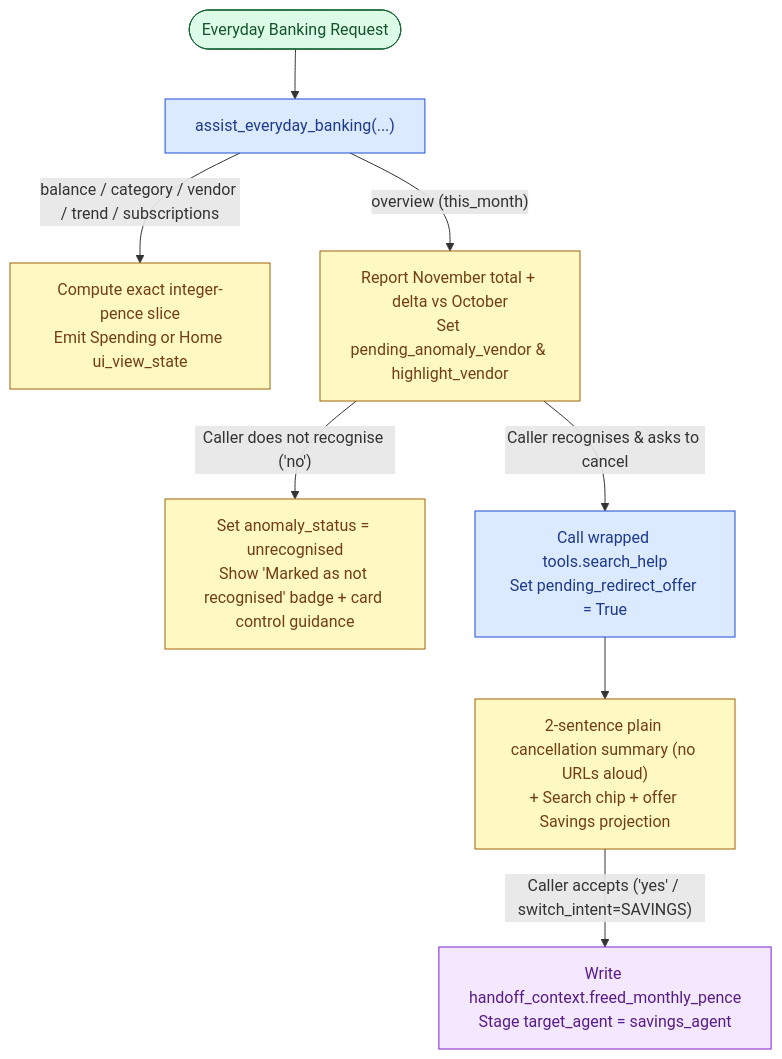
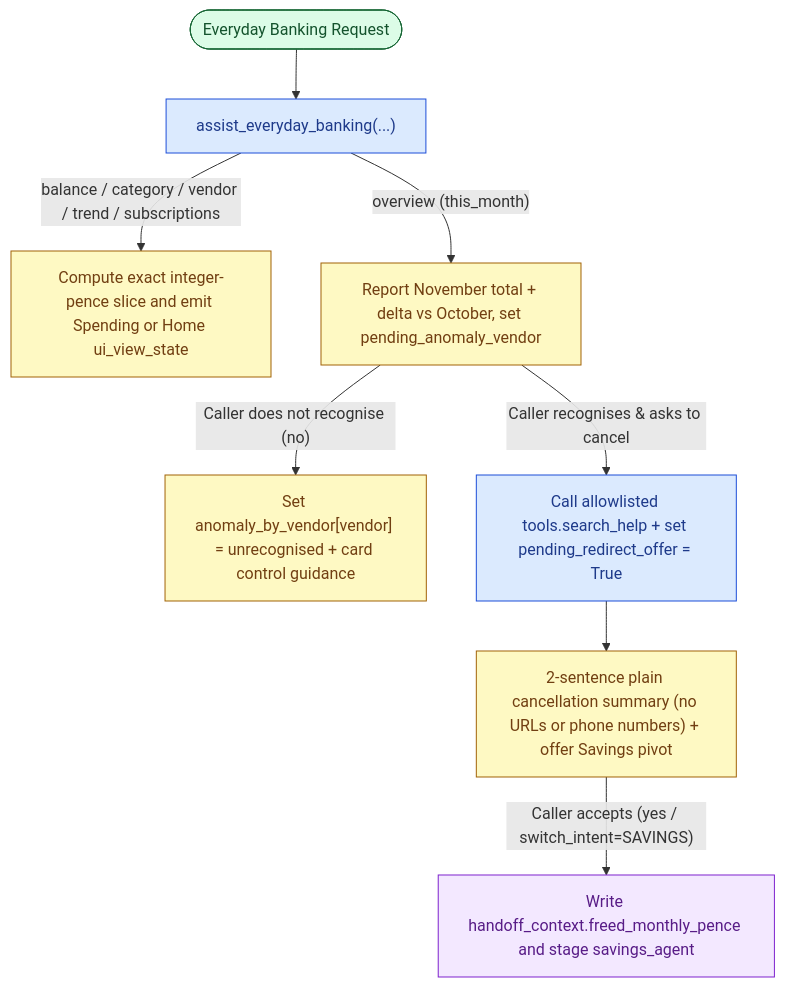
Before and after one commit to oliviervg1/gecx-bank-demo: the second of 4 diagrams in docs/architecture/banking_flows.md, drawn with Mermaid. The commit also changed other lines of this file and 19 other files, not shown here.

````diff
--- a/docs/architecture/banking_flows.md
+++ b/docs/architecture/banking_flows.md
@@ -44,15 +46,15 @@
 ```mermaid
 flowchart TD
     classDef entry fill:#dcfce7,stroke:#166534,color:#14532d;
     classDef ctrl fill:#dbeafe,stroke:#1d4ed8,color:#1e3a8a;
     classDef state fill:#fef9c3,stroke:#a16207,color:#713f12;
     classDef route fill:#f3e8ff,stroke:#7e22ce,color:#581c87;
 
     Ask(["Everyday Banking Request"]):::entry --> EB["assist_everyday_banking(...)"]:::ctrl
-    EB -->|"balance / category / vendor / trend / subscriptions"| View["Compute exact integer-pence slice<br/>Emit Spending or Home ui_view_state"]:::state
-    EB -->|"overview (this_month)"| Ov["Report November total + delta vs October<br/>Set pending_anomaly_vendor & highlight_vendor"]:::state
-    Ov -->|"Caller does not recognise ('no')"| Unrec["Set anomaly_status = unrecognised<br/>Show 'Marked as not recognised' badge + card control guidance"]:::state
-    Ov -->|"Caller recognises & asks to cancel"| Cancel["Call wrapped tools.search_help<br/>Set pending_redirect_offer = True"]:::ctrl
-    Cancel --> Offer["2-sentence plain cancellation summary (no URLs aloud)<br/>+ Search chip + offer Savings projection"]:::state
-    Offer -->|"Caller accepts ('yes' / switch_intent=SAVINGS)"| Pivot["Write handoff_context.freed_monthly_pence<br/>Stage target_agent = savings_agent"]:::route
+    EB -->|"balance / category / vendor / trend / subscriptions"| View["Compute exact integer-pence slice and emit Spending or Home ui_view_state"]:::state
+    EB -->|"overview (this_month)"| Ov["Report November total + delta vs October, set pending_anomaly_vendor"]:::state
+    Ov -->|"Caller does not recognise (no)"| Unrec["Set anomaly_by_vendor[vendor] = unrecognised + card control guidance"]:::state
+    Ov -->|"Caller recognises & asks to cancel"| Cancel["Call allowlisted tools.search_help + set pending_redirect_offer = True"]:::ctrl
+    Cancel --> Offer["2-sentence plain cancellation summary (no URLs or phone numbers) + offer Savings pivot"]:::state
+    Offer -->|"Caller accepts (yes / switch_intent=SAVINGS)"| Pivot["Write handoff_context.freed_monthly_pence and stage savings_agent"]:::route
 ```
````
